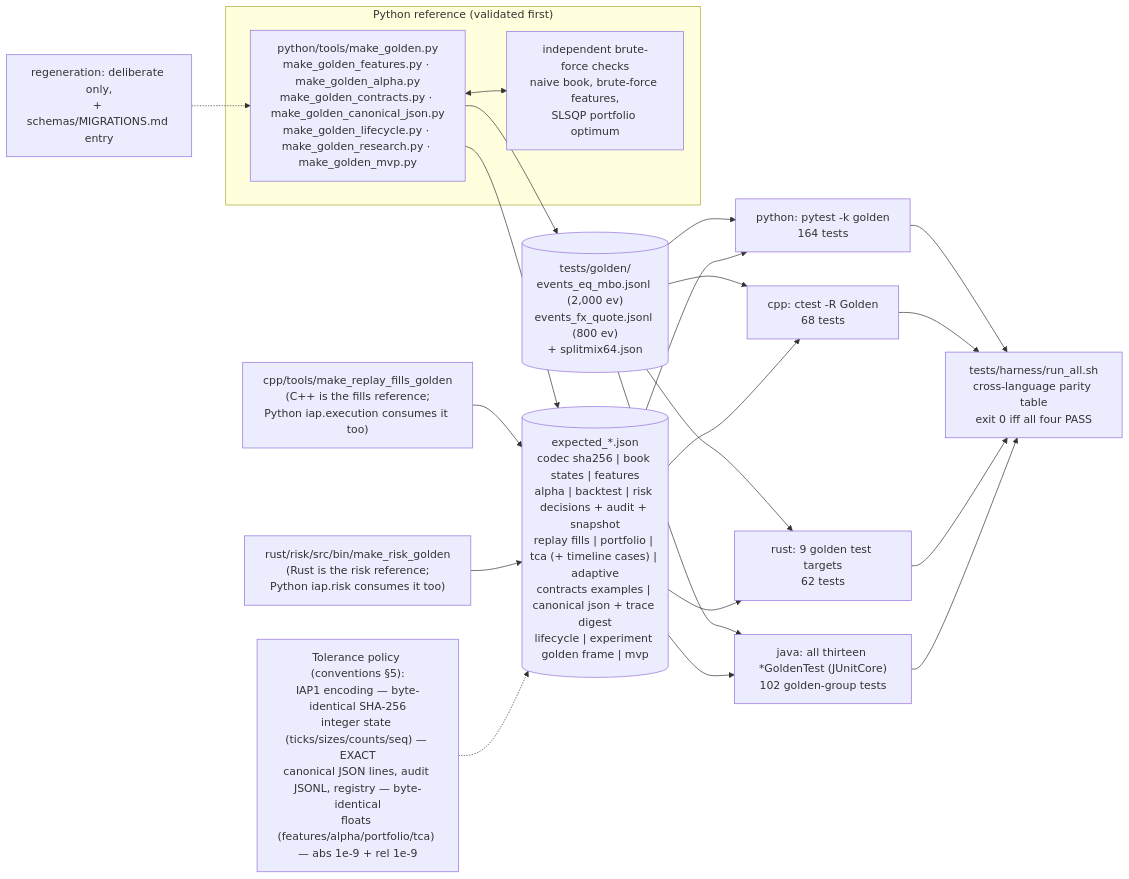
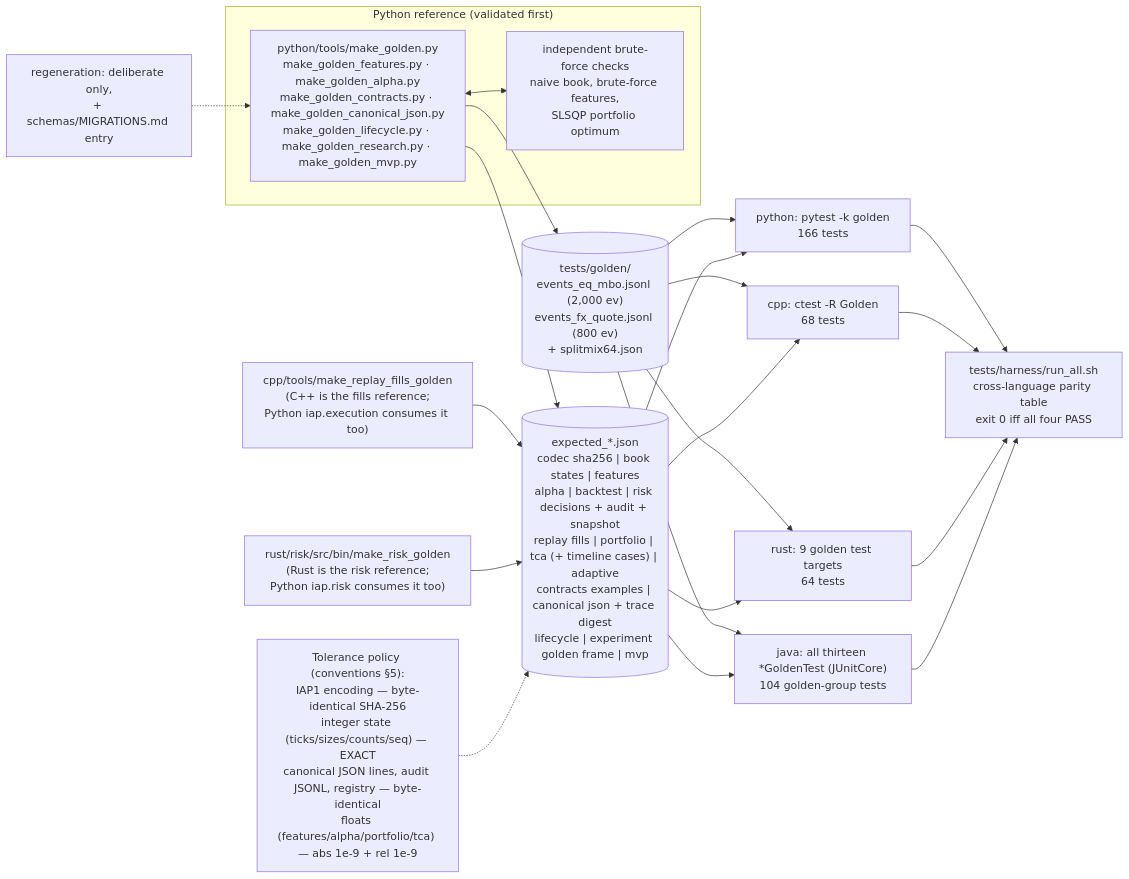
Before and after one commit to AshJha0/intraday-alpha-platform: the diagram in docs/diagrams/golden_topology.mmd, drawn with Mermaid. The commit also changed 26 other files, not shown here.

```diff
--- a/docs/diagrams/golden_topology.mmd
+++ b/docs/diagrams/golden_topology.mmd
@@ -1,24 +1,24 @@
 flowchart LR
     subgraph REF["Python reference (validated first)"]
         MG["python/tools/make_golden.py<br/>make_golden_features.py · make_golden_alpha.py<br/>make_golden_contracts.py · make_golden_canonical_json.py<br/>make_golden_lifecycle.py · make_golden_research.py · make_golden_mvp.py"]
         BF["independent brute-force checks<br/>naive book, brute-force features,<br/>SLSQP portfolio optimum"]
         MG <--> BF
     end
     MG --> GV[("tests/golden/<br/>events_eq_mbo.jsonl (2,000 ev)<br/>events_fx_quote.jsonl (800 ev)<br/>+ splitmix64.json")]
     MG --> EXP[("expected_*.json<br/>codec sha256 | book states | features<br/>alpha | backtest | risk decisions + audit + snapshot<br/>replay fills | portfolio | tca (+ timeline cases) | adaptive<br/>contracts examples | canonical json + trace digest<br/>lifecycle | experiment golden frame | mvp")]
     CPPTOOL["cpp/tools/make_replay_fills_golden<br/>(C++ is the fills reference;<br/>Python iap.execution consumes it too)"] --> EXP
     RSTOOL["rust/risk/src/bin/make_risk_golden<br/>(Rust is the risk reference;<br/>Python iap.risk consumes it too)"] --> EXP
-    GV --> PY["python: pytest -k golden<br/>164 tests"]
+    GV --> PY["python: pytest -k golden<br/>166 tests"]
     GV --> CPP["cpp: ctest -R Golden<br/>68 tests"]
-    GV --> RS["rust: 9 golden test targets<br/>62 tests"]
-    GV --> JV["java: all thirteen *GoldenTest (JUnitCore)<br/>102 golden-group tests"]
+    GV --> RS["rust: 9 golden test targets<br/>64 tests"]
+    GV --> JV["java: all thirteen *GoldenTest (JUnitCore)<br/>104 golden-group tests"]
     EXP --> PY
     EXP --> CPP
     EXP --> RS
     EXP --> JV
     PY --> TAB["tests/harness/run_all.sh<br/>cross-language parity table<br/>exit 0 iff all four PASS"]
     CPP --> TAB
     RS --> TAB
     JV --> TAB
     TOL["Tolerance policy (conventions §5):<br/>IAP1 encoding — byte-identical SHA-256<br/>integer state (ticks/sizes/counts/seq) — EXACT<br/>canonical JSON lines, audit JSONL, registry — byte-identical<br/>floats (features/alpha/portfolio/tca) — abs 1e-9 + rel 1e-9"] -.-> EXP
     MIG["regeneration: deliberate only,<br/>+ schemas/MIGRATIONS.md entry"] -.-> MG
```
